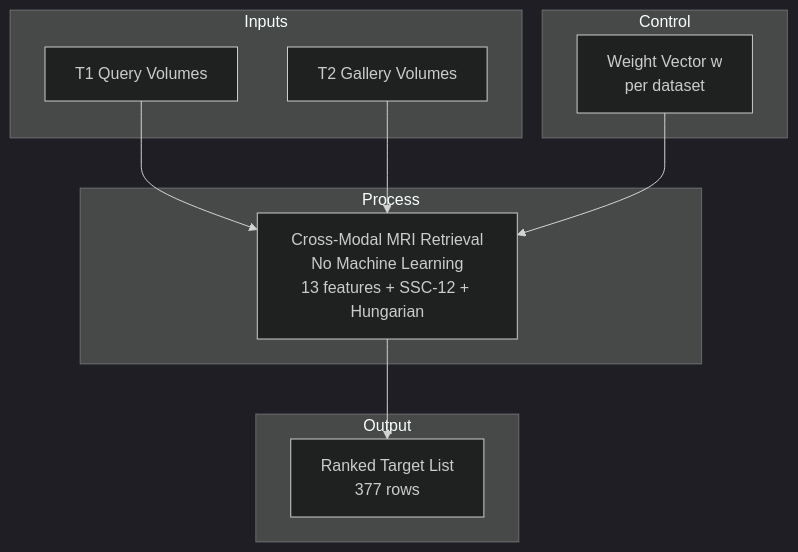
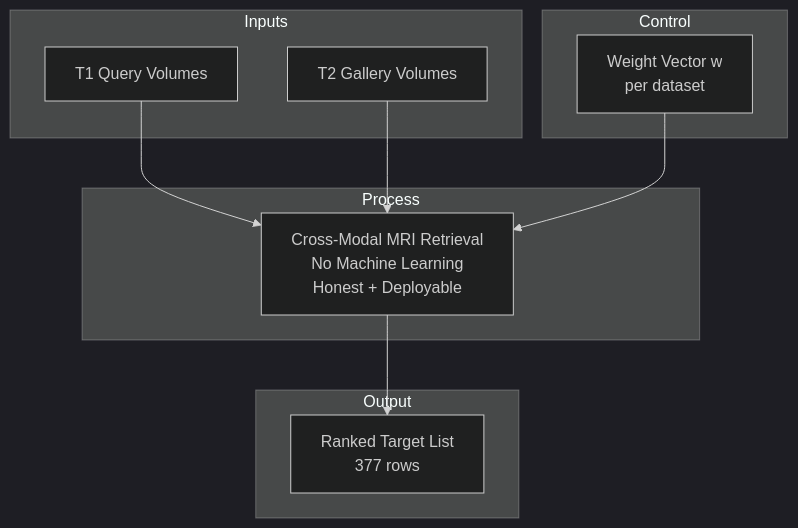
Before and after one commit to Ansh2508/ehl-paris-2026-medical-retrieval-yantra: the second of 7 diagrams in ARCHITECTURE.md, drawn with Mermaid (dark theme). The commit also changed other lines of this file and 7 other files, not shown here.

First line of the commit message:
feat: v36 honest/deployable (MRR 0.723) — d3 leak fix, MOMENTS cascade, MI post-reg, greedy rank

````diff
--- a/ARCHITECTURE.md
+++ b/ARCHITECTURE.md
@@ -40,20 +65,20 @@
 ```mermaid
 flowchart TD
     subgraph Inputs
         Q[T1 Query Volumes]
         G[T2 Gallery Volumes]
     end
     subgraph Control
         W[Weight Vector w<br/>per dataset]
     end
     subgraph Process
-        P[Cross-Modal MRI Retrieval<br/>No Machine Learning<br/>13 features + SSC-12 + Hungarian]
+        P[Cross-Modal MRI Retrieval<br/>No Machine Learning<br/>Honest + Deployable]
     end
     subgraph Output
         R[Ranked Target List<br/>377 rows]
     end
     Q --> P
     G --> P
     W --> P
     P --> R
 ```
````
